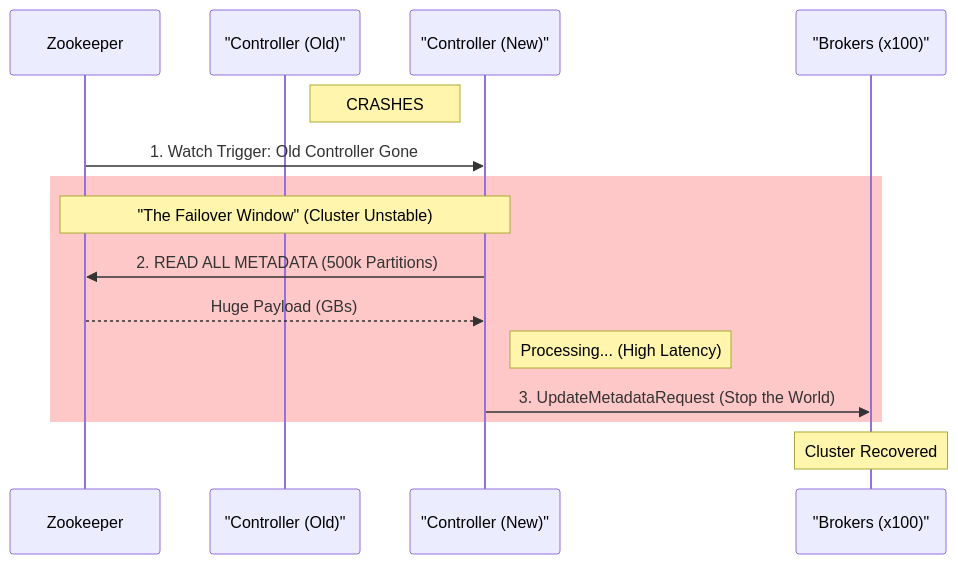
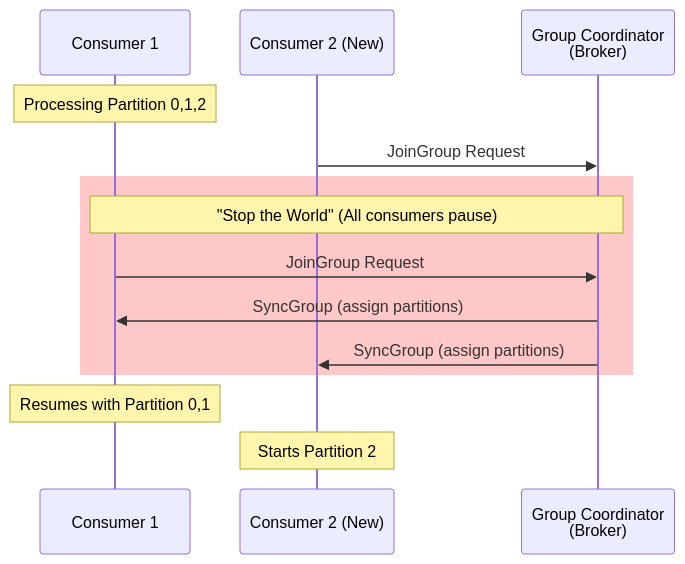
Before and after one commit to Anmol33/SystemDesign: the second of 7 diagrams in Message Broker/03_Kafka.md, drawn with Mermaid. The commit also changed other lines of this file and 5 other files, not shown here.

````diff
--- a/Message Broker/03_Kafka.md
+++ b/Message Broker/03_Kafka.md
@@ -84,21 +92,20 @@
 ```mermaid
 sequenceDiagram
-    participant ZK as Zookeeper
-    participant Old as "Controller (Old)"
-    participant New as "Controller (New)"
-    participant Broker as "Brokers (x100)"
+    participant C1 as Consumer 1
+    participant C2 as Consumer 2 (New)
+    participant GC as Group Coordinator<br/>(Broker)
     
-    Note right of Old: CRASHES
+    Note over C1: Processing Partition 0,1,2
     
-    ZK->>New: 1. Watch Trigger: Old Controller Gone
+    C2->>GC: JoinGroup Request
     
     rect rgb(255, 200, 200)
-        Note over New, ZK: "The Failover Window" (Cluster Unstable)
-        New->>ZK: 2. READ ALL METADATA (500k Partitions)
-        ZK-->>New: Huge Payload (GBs)
-        Note right of New: Processing... (High Latency)
-        New->>Broker: 3. UpdateMetadataRequest (Stop the World)
+        Note over C1,GC: "Stop the World" (All consumers pause)
+        C1->>GC: JoinGroup Request
+        GC->>C1: SyncGroup (assign partitions)
+        GC->>C2: SyncGroup (assign partitions)
     end
     
-    Note over Broker: Cluster Recovered
+    Note over C1: Resumes with Partition 0,1
+    Note over C2: Starts Partition 2
 ```
````
